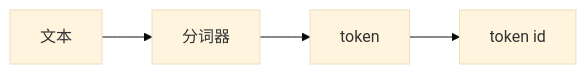
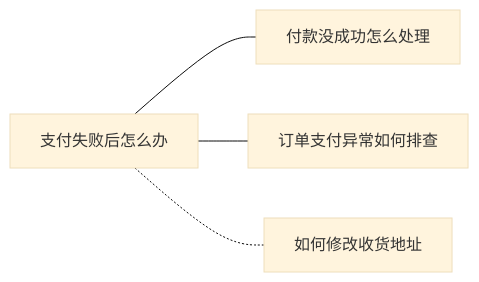
Before and after one commit to benx92/ai-learning-notes: the fourth of 6 diagrams in 06-Embedding文本如何变成向量.md, drawn with Mermaid (base theme). The commit also changed other lines of this file and 1 other file, not shown here.

````diff
--- a/06-Embedding文本如何变成向量.md
+++ b/06-Embedding文本如何变成向量.md
@@ -134,6 +322,6 @@
 ```mermaid
 flowchart LR
-    A[文本] --> B[分词器]
-    B --> C[token]
-    C --> D[token id]
+    A[支付失败后怎么办] --- B[付款没成功怎么处理]
+    A --- C[订单支付异常如何排查]
+    A -.- D[如何修改收货地址]
 ```
````
